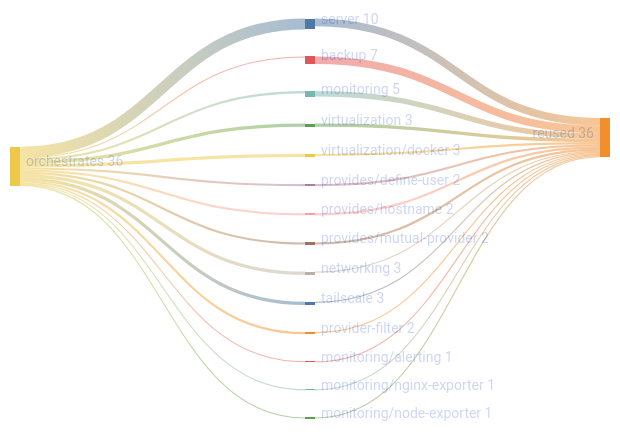
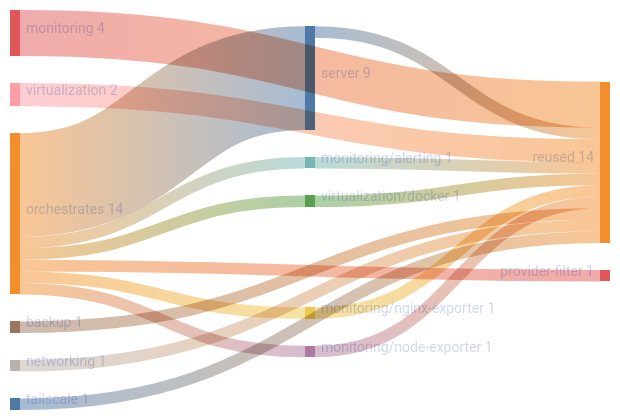
One commit to sini/den changed the diagram in templates/diag-fx-demo/diagrams/provider-filter-fan.md. Above: the diagram before and after it, drawn with Mermaid. The commit also changed 849 other files, not shown here.

Commit message:
chore: update fx diagrams

````diff
--- a/templates/diag-fx-demo/diagrams/provider-filter-fan.md
+++ b/templates/diag-fx-demo/diagrams/provider-filter-fan.md
@@ -5,33 +5,21 @@
 ```mermaid
 %%{init: {"theme":"base","themeVariables":{"activationBkgColor":"#313244","activationBorderColor":"#6c7086","actorBkg":"#313244","actorBorder":"#a6adc8","actorLineColor":"#a6adc8","actorTextColor":"#cdd6f4","background":"#1e1e2e","classText":"#cdd6f4","clusterBkg":"#313244","clusterBorder":"#6c7086","edgeLabelBackground":"#1e1e2e","labelBoxBkgColor":"#313244","labelBoxBorderColor":"#a6adc8","labelTextColor":"#cdd6f4","lineColor":"#a6adc8","loopTextColor":"#cdd6f4","mainBkg":"#313244","nodeBkg":"#313244","nodeBorder":"#a6adc8","nodeTextColor":"#cdd6f4","noteBkgColor":"#313244","noteBorderColor":"#6c7086","noteTextColor":"#cdd6f4","pie1":"#f38ba8","pie2":"#fab387","pie3":"#f9e2af","pie4":"#a6e3a1","pie5":"#94e2d5","pie6":"#89b4fa","pie7":"#cba6f7","pie8":"#f2cdcd","pieLegendTextColor":"#cdd6f4","pieOuterStrokeColor":"#6c7086","pieSectionTextColor":"#cdd6f4","pieStrokeColor":"#6c7086","pieTitleTextColor":"#cdd6f4","primaryBorderColor":"#a6adc8","primaryColor":"#313244","primaryTextColor":"#cdd6f4","secondBkg":"#313244","secondaryBorderColor":"#6c7086","secondaryColor":"#313244","secondaryTextColor":"#cdd6f4","sequenceNumberColor":"#1e1e2e","signalColor":"#a6adc8","signalTextColor":"#cdd6f4","tertiaryBorderColor":"#6c7086","tertiaryColor":"#313244","tertiaryTextColor":"#cdd6f4","textColor":"#cdd6f4","titleColor":"#cdd6f4"}}}%%
 sankey-beta
 
-"server","reused",7
-"backup","reused",7
-"monitoring","reused",5
-"virtualization","reused",3
-"virtualization/docker","reused",2
-"provides/define-user","reused",2
-"provides/hostname","reused",2
-"provides/mutual-provider","reused",2
+"server","reused",1
+"monitoring","reused",4
+"monitoring/alerting","reused",1
+"virtualization/docker","reused",1
+"monitoring/nginx-exporter","reused",1
+"monitoring/node-exporter","reused",1
+"virtualization","reused",2
+"backup","reused",1
 "networking","reused",1
 "tailscale","reused",1
-"provider-filter","reused",1
-"monitoring/alerting","reused",1
-"monitoring/nginx-exporter","reused",1
-"monitoring/node-exporter","reused",1
-"orchestrates","server",10
-"orchestrates","backup",1
-"orchestrates","monitoring",2
-"orchestrates","virtualization",3
-"orchestrates","virtualization/docker",3
-"orchestrates","provides/define-user",2
-"orchestrates","provides/hostname",2
-"orchestrates","provides/mutual-provider",2
-"orchestrates","networking",3
-"orchestrates","tailscale",3
-"orchestrates","provider-filter",2
+"orchestrates","server",9
 "orchestrates","monitoring/alerting",1
+"orchestrates","virtualization/docker",1
 "orchestrates","monitoring/nginx-exporter",1
 "orchestrates","monitoring/node-exporter",1
+"orchestrates","provider-filter",1
 ```
````
